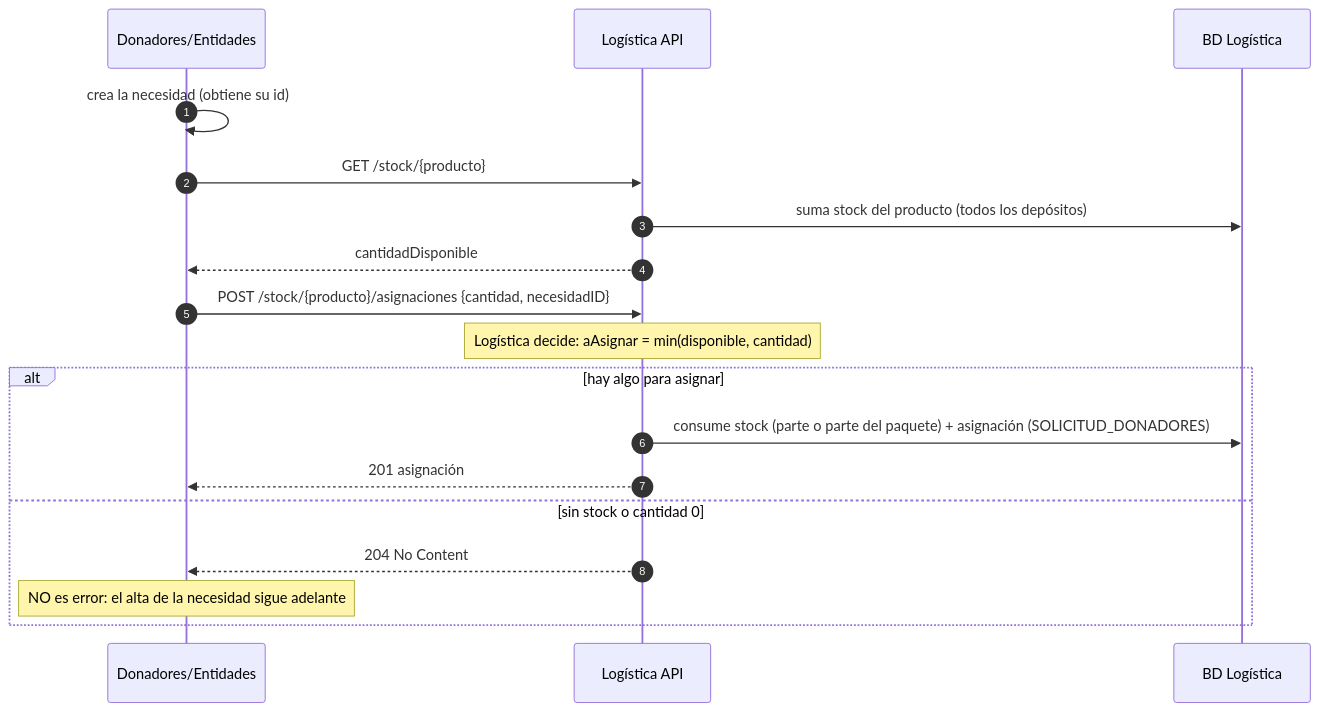
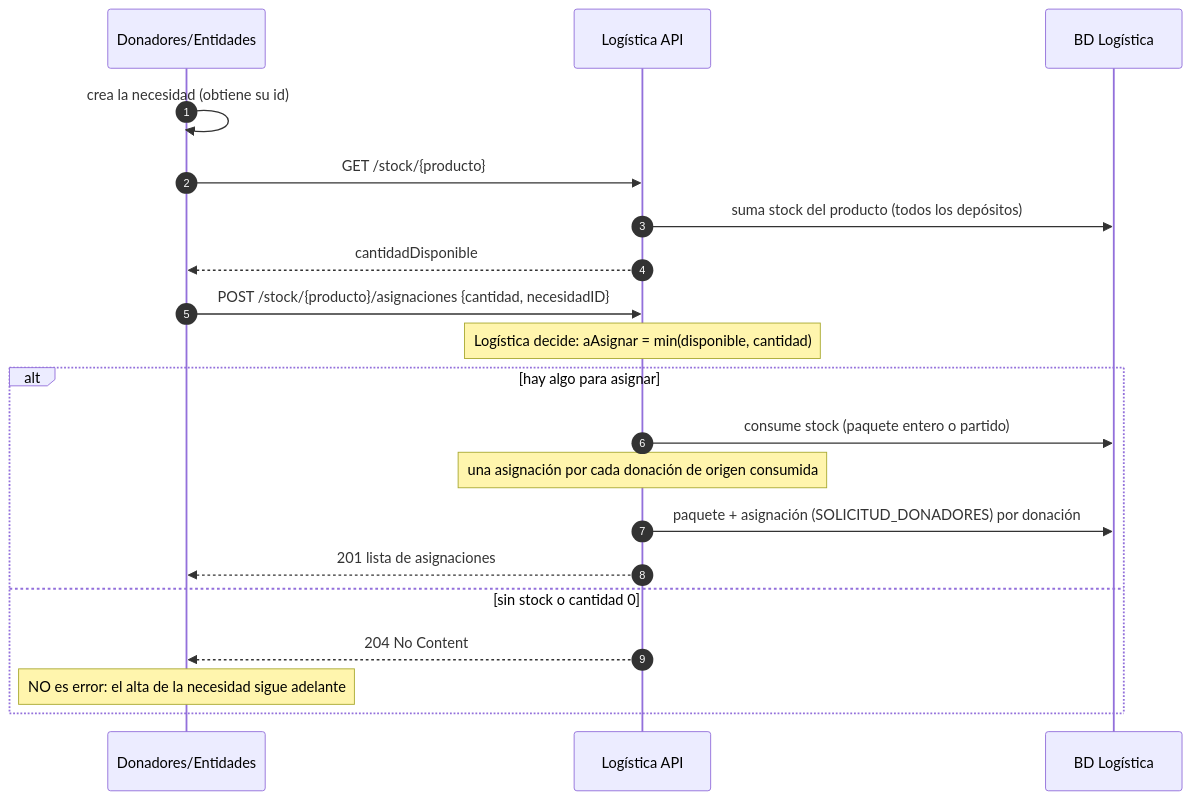
Before and after one commit to 2026-ddsi-tpa-CodeandoAprobados/Logistica: the second of 3 diagrams in docs/entrega-4-logistica.md, drawn with Mermaid. The commit also changed other lines of this file and 2 other files, not shown here.

Commit message:
fix: remover validacion circular contra Donaciones y trazar donacion de origen al asignar desde stock

````diff
--- a/docs/entrega-4-logistica.md
+++ b/docs/entrega-4-logistica.md
@@ -62,20 +62,22 @@
 ```mermaid
 sequenceDiagram
     autonumber
     participant Ent as Donadores/Entidades
     participant Log as Logística API
     participant DB as BD Logística
     Ent->>Ent: crea la necesidad (obtiene su id)
     Ent->>Log: GET /stock/{producto}
     Log->>DB: suma stock del producto (todos los depósitos)
     Log-->>Ent: cantidadDisponible
     Ent->>Log: POST /stock/{producto}/asignaciones {cantidad, necesidadID}
     Note over Log: Logística decide: aAsignar = min(disponible, cantidad)
     alt hay algo para asignar
-        Log->>DB: consume stock (parte o parte del paquete) + asignación (SOLICITUD_DONADORES)
-        Log-->>Ent: 201 asignación
+        Log->>DB: consume stock (paquete entero o partido)
+        Note over Log: una asignación por cada donación de origen consumida
+        Log->>DB: paquete + asignación (SOLICITUD_DONADORES) por donación
+        Log-->>Ent: 201 lista de asignaciones
     else sin stock o cantidad 0
         Log-->>Ent: 204 No Content
         Note over Ent: NO es error: el alta de la necesidad sigue adelante
     end
 ```
````
